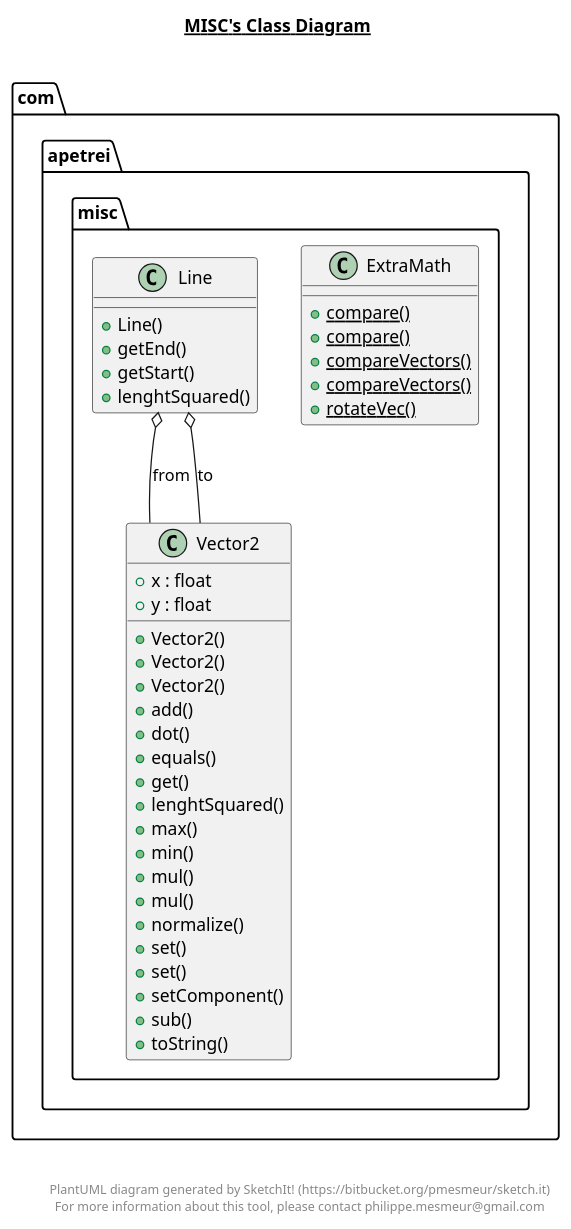
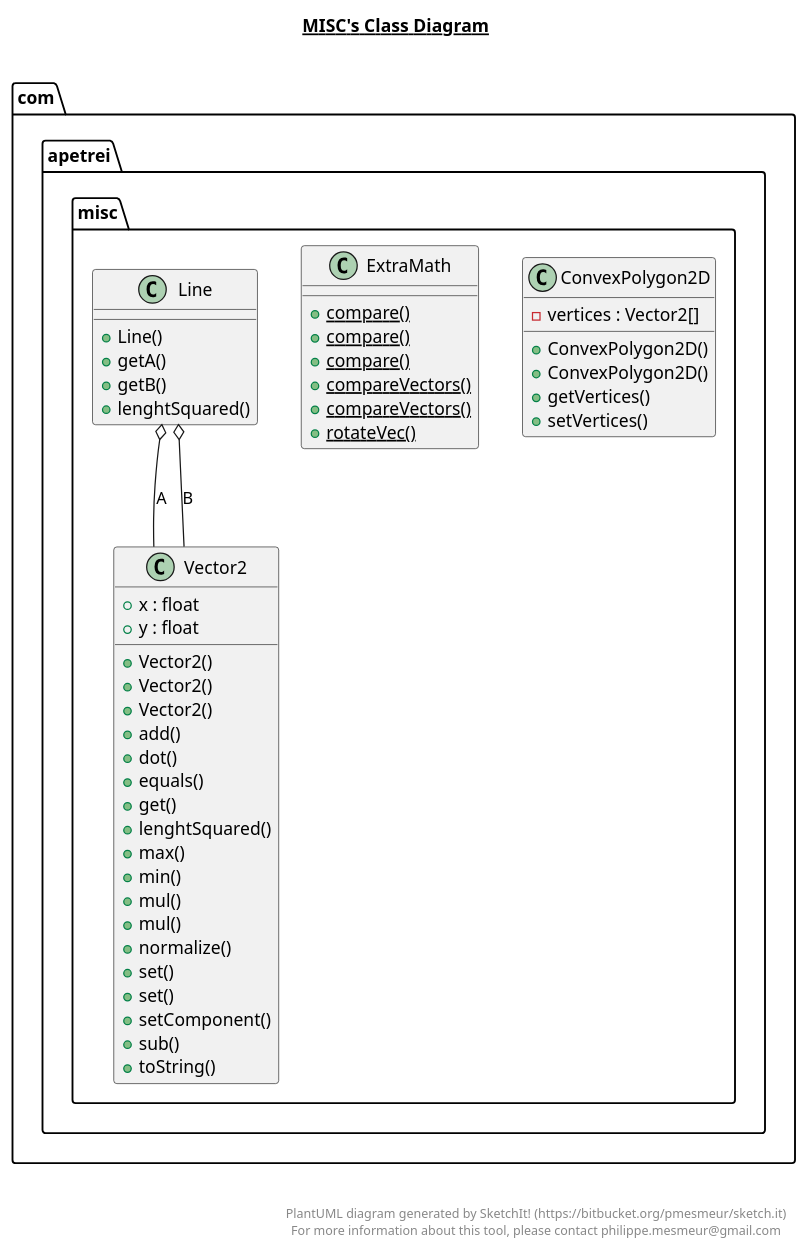
The diagram in out/production/Skewed Engine/com/apetrei/misc/misc.plantuml (TheWiseWolfy/Wild-Sky), drawn with PlantUML before and after one commit. The commit also changed 38 other files, not shown here.

```diff
--- a/out/production/Skewed Engine/com/apetrei/misc/misc.plantuml
+++ b/out/production/Skewed Engine/com/apetrei/misc/misc.plantuml
@@ -1,63 +1,75 @@
 @startuml
 
 title __MISC's Class Diagram__\n
 
   namespace com.apetrei.misc {
+    class com.apetrei.misc.ConvexPolygon2D {
+        - vertices : Vector2[]
+        + ConvexPolygon2D()
+        + ConvexPolygon2D()
+        + getVertices()
+        + setVertices()
+    }
+  }
+  
+
+  namespace com.apetrei.misc {
     class com.apetrei.misc.ExtraMath {
+        {static} + compare()
         {static} + compare()
         {static} + compare()
         {static} + compareVectors()
         {static} + compareVectors()
         {static} + rotateVec()
     }
   }
   
 
   namespace com.apetrei.misc {
     class com.apetrei.misc.Line {
         + Line()
-        + getEnd()
-        + getStart()
+        + getA()
+        + getB()
         + lenghtSquared()
     }
   }
   
 
   namespace com.apetrei.misc {
     class com.apetrei.misc.Vector2 {
         + x : float
         + y : float
         + Vector2()
         + Vector2()
         + Vector2()
         + add()
         + dot()
         + equals()
         + get()
         + lenghtSquared()
         + max()
         + min()
         + mul()
         + mul()
         + normalize()
         + set()
         + set()
         + setComponent()
         + sub()
         + toString()
     }
   }
   
 
-  com.apetrei.misc.Line o-- com.apetrei.misc.Vector2 : from
-  com.apetrei.misc.Line o-- com.apetrei.misc.Vector2 : to
+  com.apetrei.misc.Line o-- com.apetrei.misc.Vector2 : A
+  com.apetrei.misc.Line o-- com.apetrei.misc.Vector2 : B
 
 
 right footer
 
 
 PlantUML diagram generated by SketchIt! (https://bitbucket.org/pmesmeur/sketch.it)
 For more information about this tool, please contact philippe.mesmeur@gmail.com
 endfooter
 
 @enduml
```
